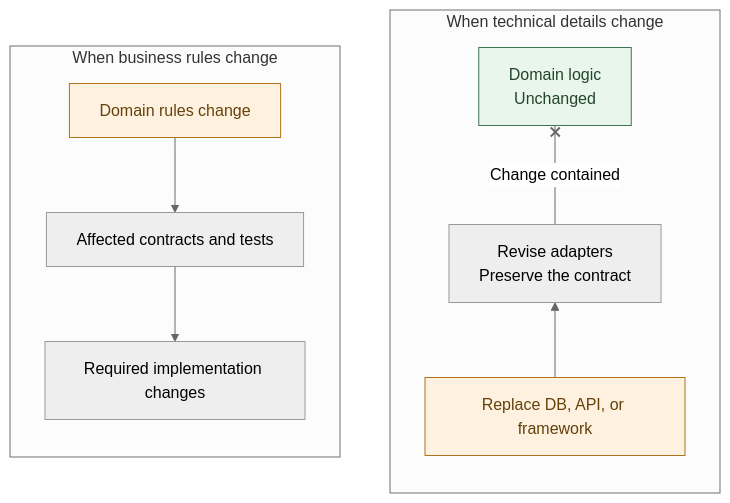
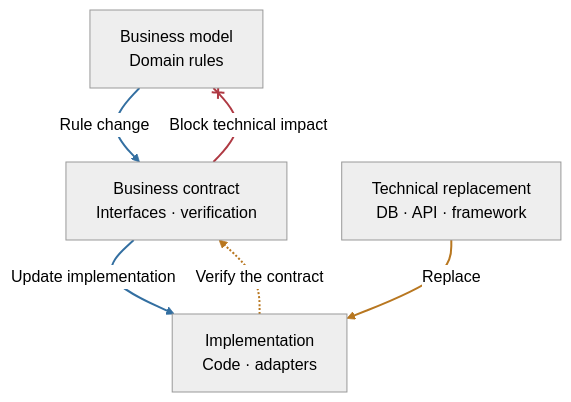
The fifth of 7 diagrams in _en/2026-11-05-enterprise-wide-ax-essentials.md (haandol/haandol.github.com), drawn with Mermaid (neutral theme) before and after one commit. The commit also changed other lines of this file and 3 other files, not shown here.

````diff
--- a/_en/2026-11-05-enterprise-wide-ax-essentials.md
+++ b/_en/2026-11-05-enterprise-wide-ax-essentials.md
@@ -225,18 +229,15 @@
 ```mermaid
-flowchart LR
-  subgraph B["When business rules change"]
-    direction TB
-    B1["Domain rules change"] --> B2["Affected contracts and tests"]
-    B2 --> B3["Required implementation changes"]
-  end
-  subgraph T["When technical details change"]
-    direction BT
-    T1["Replace DB, API, or framework"] --> T2["Revise adapters<br/>Preserve the contract"]
-    T2 --x|"Change contained"| T3["Domain logic<br/>Unchanged"]
-  end
-  B ~~~ T
-  classDef changed fill:#fff1df,stroke:#af731b,color:#65410b
-  classDef stable fill:#e9f6ec,stroke:#3c7754,color:#23452b
-  class B1,T1 changed
-  class T3 stable
+flowchart TB
+  M["Business model<br/>Domain rules"]
+  P["Business contract<br/>Interfaces · verification"]
+  I["Implementation<br/>Code · adapters"]
+  T["Technical replacement<br/>DB · API · framework"]
+  M -->|"Rule change"| P
+  P -->|"Update implementation"| I
+  T -->|"Replace"| I
+  I -.->|"Verify the contract"| P
+  P --x|"Block technical impact"| M
+  linkStyle 0,1 stroke:#336fa1,stroke-width:2px
+  linkStyle 2,3 stroke:#b87720,stroke-width:2px
+  linkStyle 4 stroke:#af3943,stroke-width:2px
 ```
````
